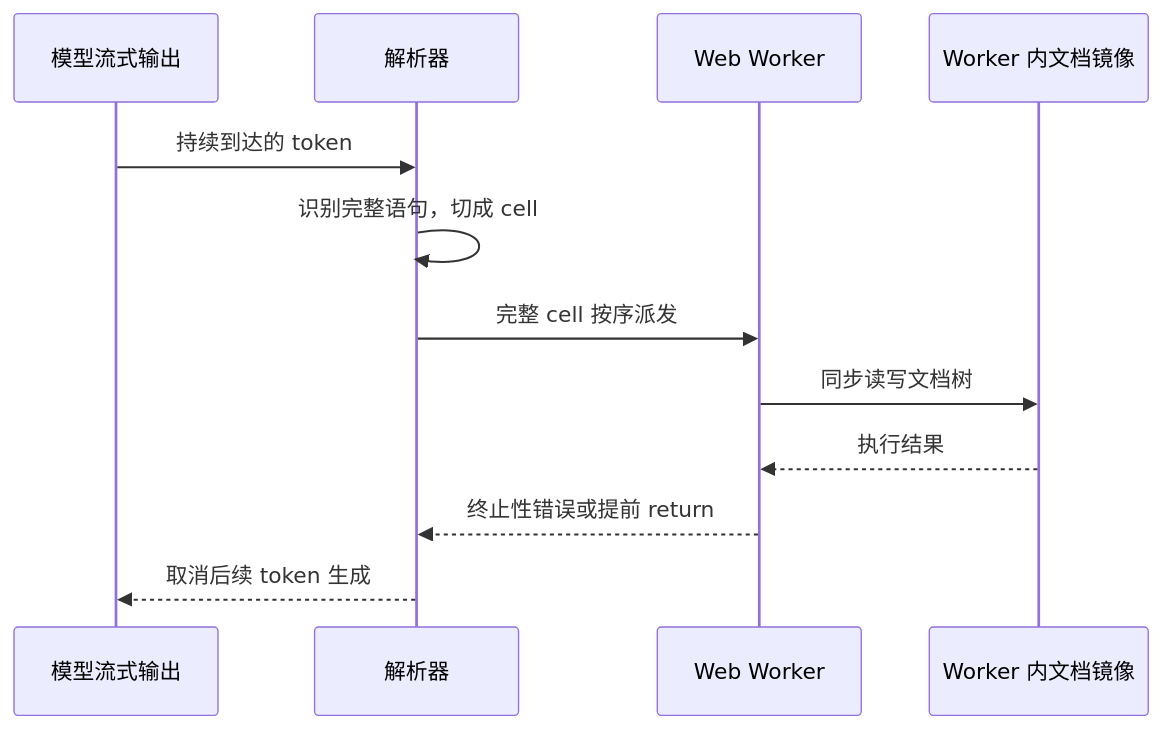
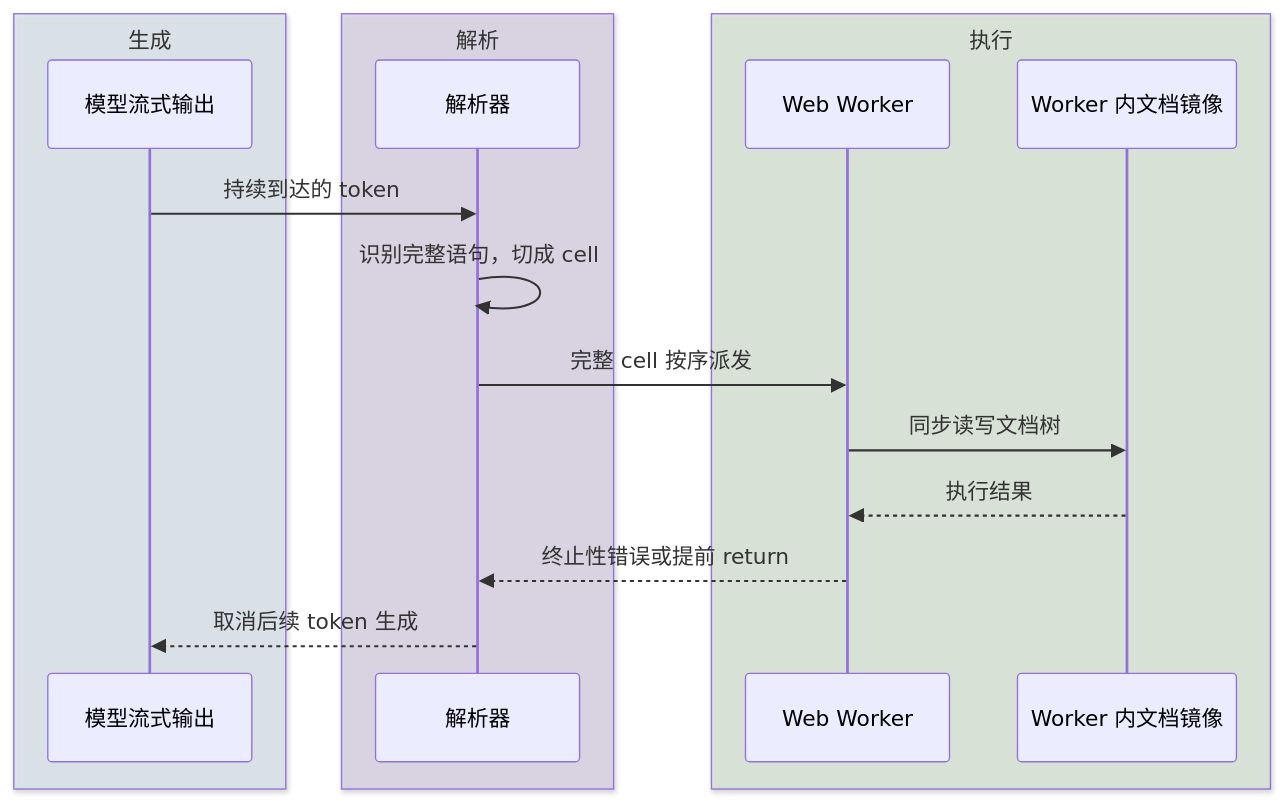
Before and after one commit to PerfectPan/wiki: the diagram in wiki/topics/ai/framer-harness-2.md, drawn with Mermaid. The commit also changed other lines of this file and 2 other files, not shown here.

Commit message:
docs(ai): clarify streaming execution wording and color the sequence diagram

````diff
--- a/wiki/topics/ai/framer-harness-2.md
+++ b/wiki/topics/ai/framer-harness-2.md
@@ -59,14 +61,20 @@
 ```mermaid
 sequenceDiagram
+    box rgba(217,230,240,0.55) 生成
     participant M as 模型流式输出
+    end
+    box rgba(216,204,232,0.55) 解析
     participant P as 解析器
+    end
+    box rgba(215,232,210,0.55) 执行
     participant W as Web Worker
     participant D as Worker 内文档镜像
+    end
     M->>P: 持续到达的 token
     P->>P: 识别完整语句，切成 cell
     P->>W: 完整 cell 按序派发
     W->>D: 同步读写文档树
     D-->>W: 执行结果
     W-->>P: 终止性错误或提前 return
     P-->>M: 取消后续 token 生成
 ```
````
